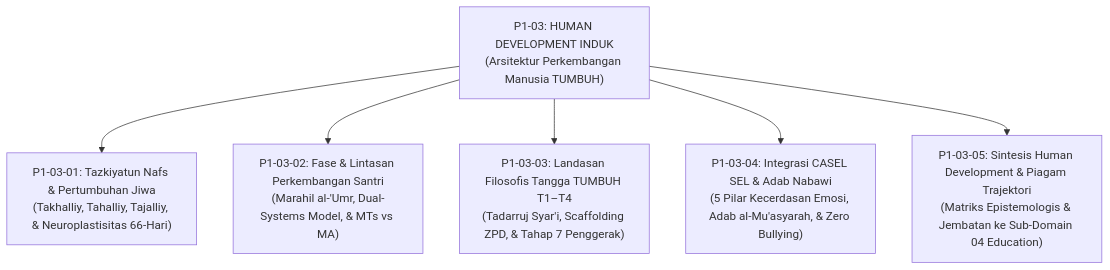
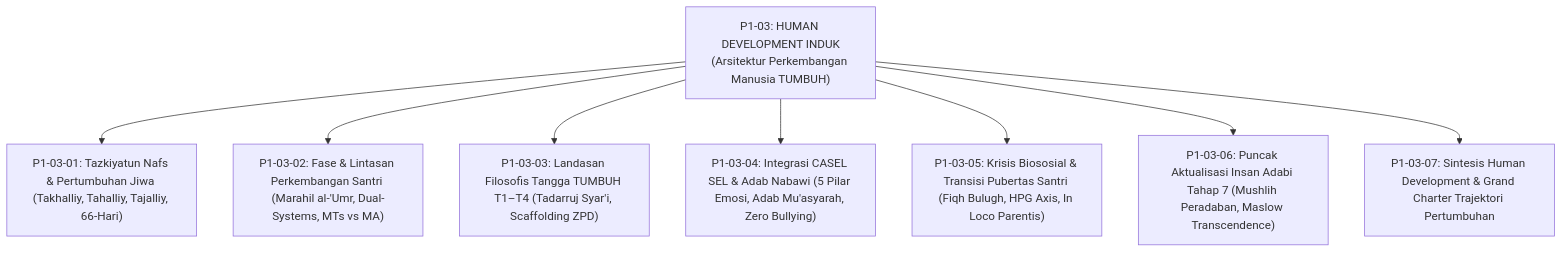
Before and after one commit to wandiapriliyandi/tumbuh: the second of 3 diagrams in 01 Philosophy/03 Human Development/P1-03-Human-Development-TUMBUH.md, drawn with Mermaid. The commit also changed other lines of this file and 18 other files, not shown here.

````diff
--- a/01 Philosophy/03 Human Development/P1-03-Human-Development-TUMBUH.md
+++ b/01 Philosophy/03 Human Development/P1-03-Human-Development-TUMBUH.md
@@ -68,10 +68,12 @@
 ```mermaid
 graph TD
     Master["P1-03: HUMAN DEVELOPMENT INDUK<br/>(Arsitektur Perkembangan Manusia TUMBUH)"]
     
-    Master --> M1["P1-03-01: Tazkiyatun Nafs & Pertumbuhan Jiwa<br/>(Takhalliy, Tahalliy, Tajalliy, & Neuroplastisitas 66-Hari)"]
-    Master --> M2["P1-03-02: Fase & Lintasan Perkembangan Santri<br/>(Marahil al-'Umr, Dual-Systems Model, & MTs vs MA)"]
-    Master --> M3["P1-03-03: Landasan Filosofis Tangga TUMBUH T1–T4<br/>(Tadarruj Syar'i, Scaffolding ZPD, & Tahap 7 Penggerak)"]
-    Master --> M4["P1-03-04: Integrasi CASEL SEL & Adab Nabawi<br/>(5 Pilar Kecerdasan Emosi, Adab al-Mu'asyarah, & Zero Bullying)"]
-    Master --> M5["P1-03-05: Sintesis Human Development & Piagam Trajektori<br/>(Matriks Epistemologis & Jembatan ke Sub-Domain 04 Education)"]
+    Master --> M1["P1-03-01: Tazkiyatun Nafs & Pertumbuhan Jiwa (Takhalliy, Tahalliy, Tajalliy, 66-Hari)"]
+    Master --> M2["P1-03-02: Fase & Lintasan Perkembangan Santri (Marahil al-'Umr, Dual-Systems, MTs vs MA)"]
+    Master --> M3["P1-03-03: Landasan Filosofis Tangga TUMBUH T1–T4 (Tadarruj Syar'i, Scaffolding ZPD)"]
+    Master --> M4["P1-03-04: Integrasi CASEL SEL & Adab Nabawi (5 Pilar Emosi, Adab Mu'asyarah, Zero Bullying)"]
+    Master --> M5["P1-03-05: Krisis Biososial & Transisi Pubertas Santri (Fiqh Bulugh, HPG Axis, In Loco Parentis)"]
+    Master --> M6["P1-03-06: Puncak Aktualisasi Insan Adabi Tahap 7 (Mushlih Peradaban, Maslow Transcendence)"]
+    Master --> M7["P1-03-07: Sintesis Human Development & Grand Charter Trajektori Pertumbuhan"]
 ```
````
